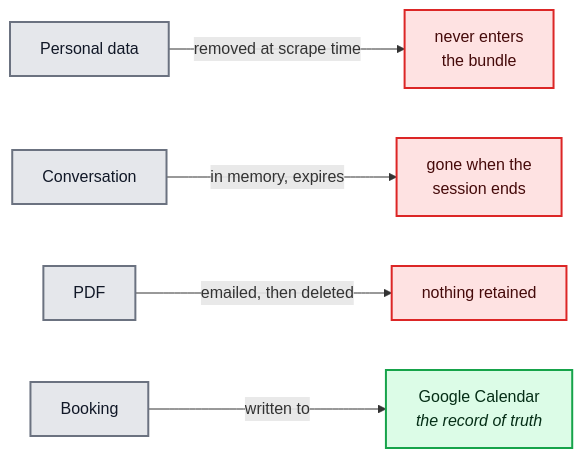
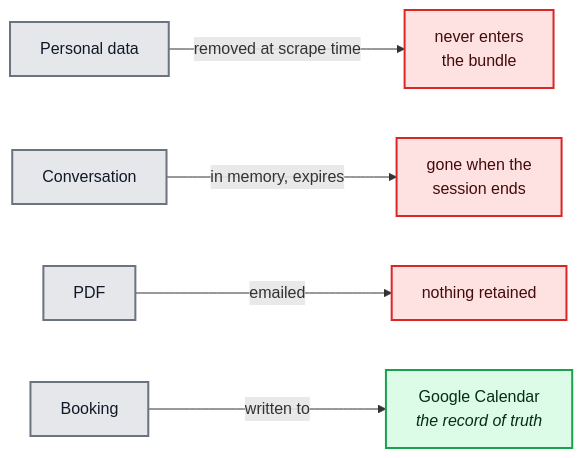
Before and after one commit to KarthikBattaram19/Capstone_Project_Next_Leap: the eighth of 22 diagrams in Docs/Architecture.md, drawn with Mermaid. The commit also changed other lines of this file and 2 other files, not shown here.

````diff
--- a/Docs/Architecture.md
+++ b/Docs/Architecture.md
@@ -382,14 +384,14 @@
 ```mermaid
 flowchart LR
     A["Personal data"] -->|"removed at scrape time"| A2["never enters<br/>the bundle"]
     B["Conversation"] -->|"in memory, expires"| B2["gone when the<br/>session ends"]
-    C["PDF"] -->|"emailed, then deleted"| C2["nothing retained"]
+    C["PDF"] -->|"emailed"| C2["nothing retained"]
     D["Booking"] -->|"written to"| D2["Google Calendar<br/><i>the record of truth</i>"]
 
     classDef gone fill:#fee2e2,stroke:#dc2626,stroke-width:2px,color:#450a0a
     classDef kept fill:#dcfce7,stroke:#16a34a,stroke-width:2px,color:#052e16
     classDef src fill:#e5e7eb,stroke:#6b7280,stroke-width:2px,color:#111827
     class A,B,C,D src
     class A2,B2,C2 gone
     class D2 kept
 ```
````
